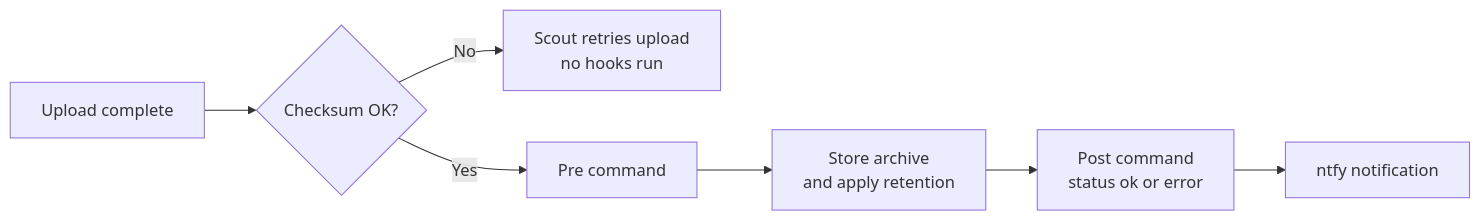
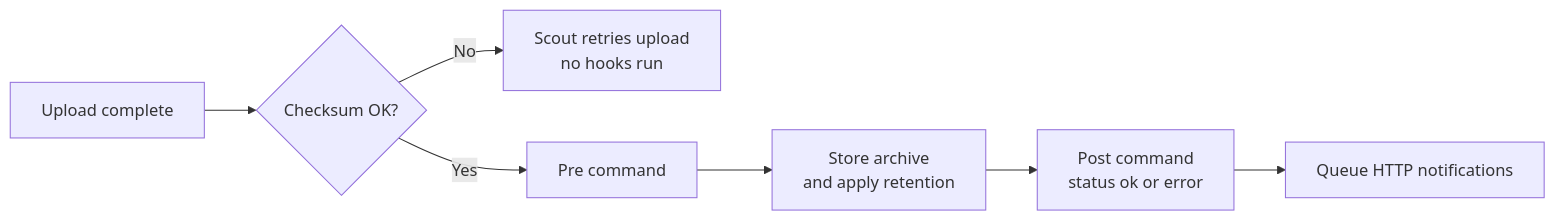
One commit to thesteau/3to1go changed the diagram in docs/station/hooks.mdx. Above: the diagram before and after it, drawn with Mermaid. The commit also changed other lines of this file and 79 other files, not shown here.

````diff
--- a/docs/station/hooks.mdx
+++ b/docs/station/hooks.mdx
@@ -8,9 +8,9 @@
 ```mermaid
 flowchart LR
     A[Upload complete] --> B{Checksum OK?}
     B -->|No| X[Scout retries upload<br/>no hooks run]
     B -->|Yes| PRE[Pre command]
     PRE --> S[Store archive<br/>and apply retention]
     S --> POST[Post command<br/>status ok or error]
-    POST --> N[ntfy notification]
+    POST --> N[Queue HTTP notifications]
 ```
````
